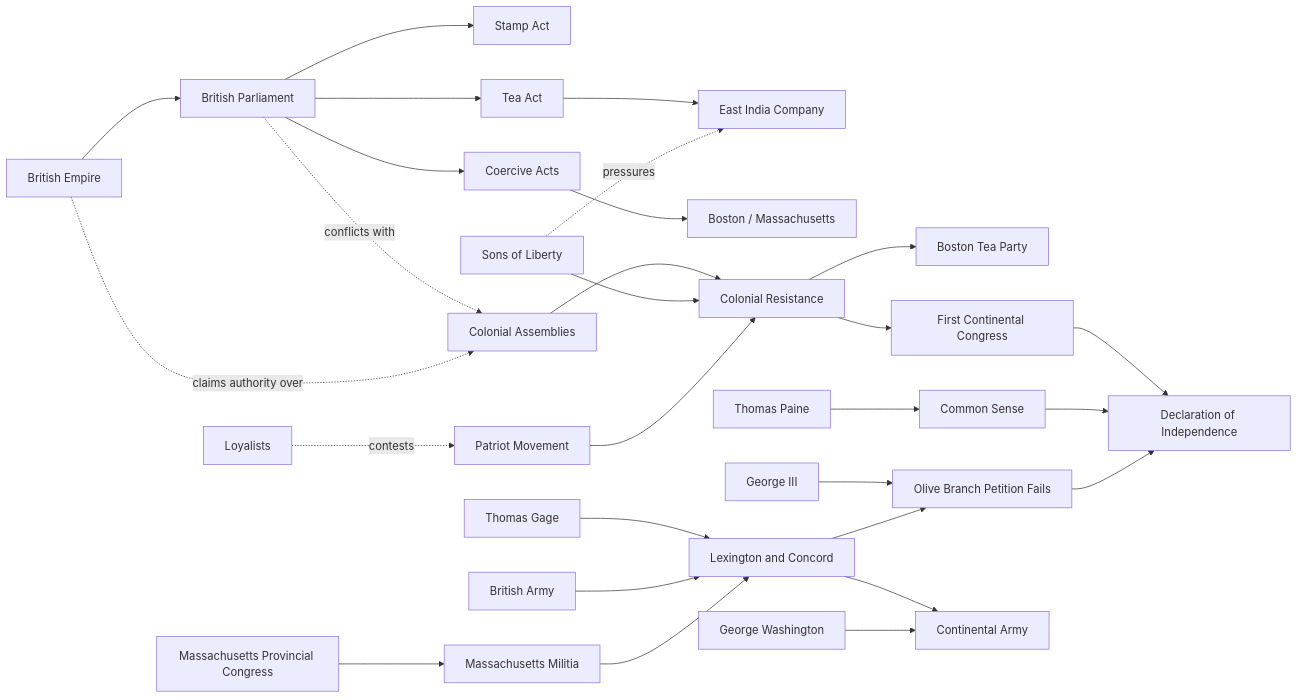
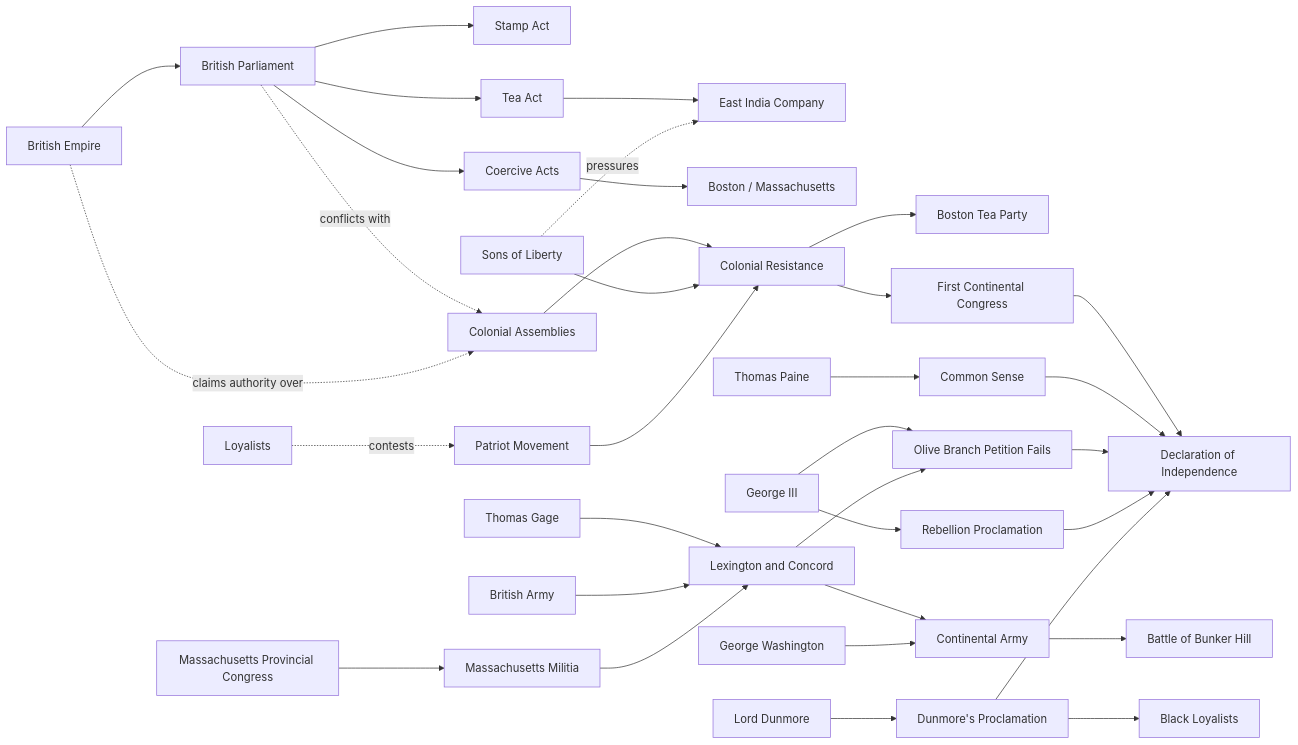
The diagram in 09_Maps_Models/Actor_Maps/American Revolution Actor Map.md (mattblethen/Causal-Atlas), drawn with Mermaid before and after one commit. The commit also changed 35 other files, not shown here.

````diff
--- a/09_Maps_Models/Actor_Maps/American Revolution Actor Map.md
+++ b/09_Maps_Models/Actor_Maps/American Revolution Actor Map.md
@@ -16,32 +16,38 @@
 ```mermaid
 flowchart LR
     BE["British Empire"] --> BP["British Parliament"]
     BP --> SA["Stamp Act"]
     BP --> TA["Tea Act"]
     BP --> COA["Coercive Acts"]
     TA --> EIC["East India Company"]
     COA --> BOS["Boston / Massachusetts"]
 
     CAS["Colonial Assemblies"] --> CR["Colonial Resistance"]
     SOL["Sons of Liberty"] --> CR
     PM["Patriot Movement"] --> CR
     CR --> BTP["Boston Tea Party"]
     CR --> FCC["First Continental Congress"]
     FCC --> DOI["Declaration of Independence"]
     TP["Thomas Paine"] --> CS["Common Sense"]
     CS --> DOI
     G3["George III"] --> OBP["Olive Branch Petition Fails"]
+    G3 --> REB["Rebellion Proclamation"]
     OBP --> DOI
+    REB --> DOI
     TG["Thomas Gage"] --> LC["Lexington and Concord"]
     BA["British Army"] --> LC
     MM["Massachusetts Militia"] --> LC
     MPC["Massachusetts Provincial Congress"] --> MM
     LC --> CTA["Continental Army"]
     GW["George Washington"] --> CTA
+    CTA --> BH["Battle of Bunker Hill"]
     LC --> OBP
     LOY["Loyalists"] -. contests .-> PM
+    LD["Lord Dunmore"] --> DUN["Dunmore's Proclamation"]
+    DUN --> BL["Black Loyalists"]
+    DUN --> DOI
 
     BP -. conflicts with .-> CAS
     BE -. claims authority over .-> CAS
     SOL -. pressures .-> EIC
 ```
````
